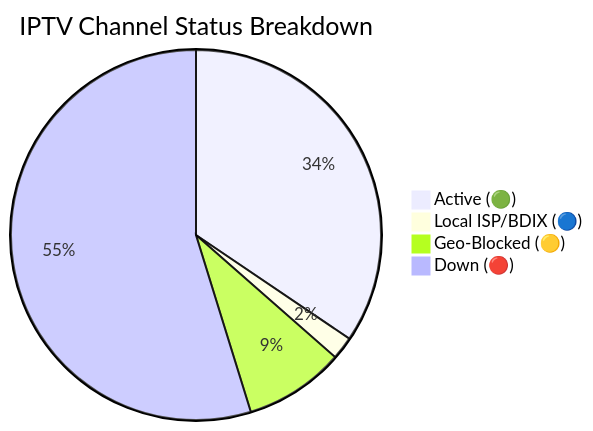
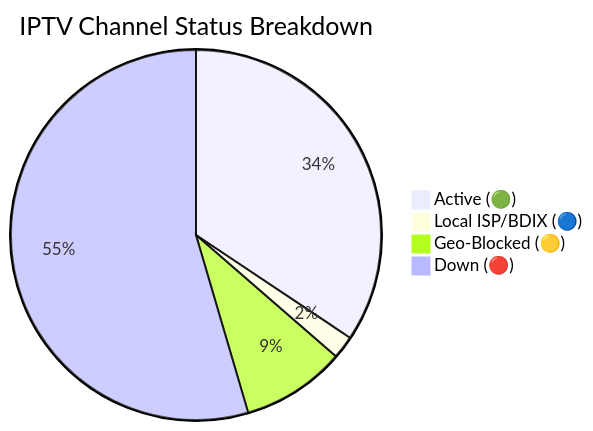
Before and after one commit to andreataylord/Ip-tv-Collection: the diagram in README.md, drawn with Mermaid. The commit also changed other lines of this file and 1 other file, not shown here.

Commit message:
docs(readme): auto-update daily channel status chart

````diff
--- a/README.md
+++ b/README.md
@@ -59,7 +59,7 @@
 ```mermaid
 pie title IPTV Channel Status Breakdown
-    "Active (🟢)" : 2205
+    "Active (🟢)" : 2199
     "Local ISP/BDIX (🔵)" : 128
-    "Geo-Blocked (🟡)" : 560
-    "Down (🔴)" : 3505
+    "Geo-Blocked (🟡)" : 581
+    "Down (🔴)" : 3490
 ```
````
